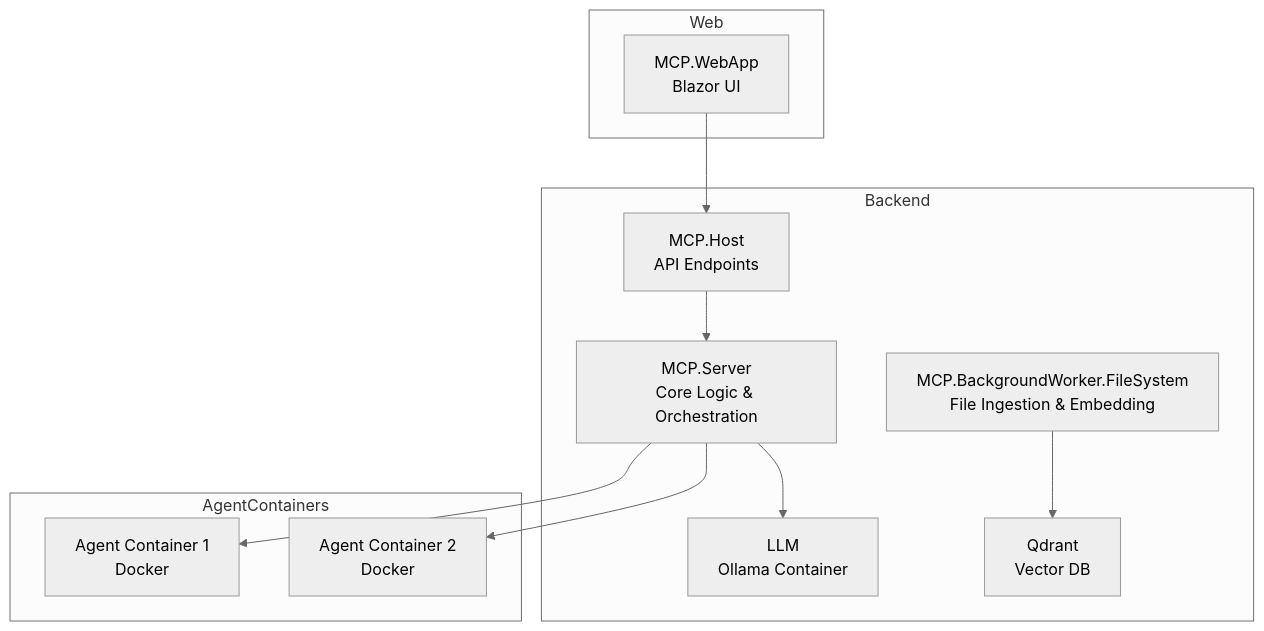
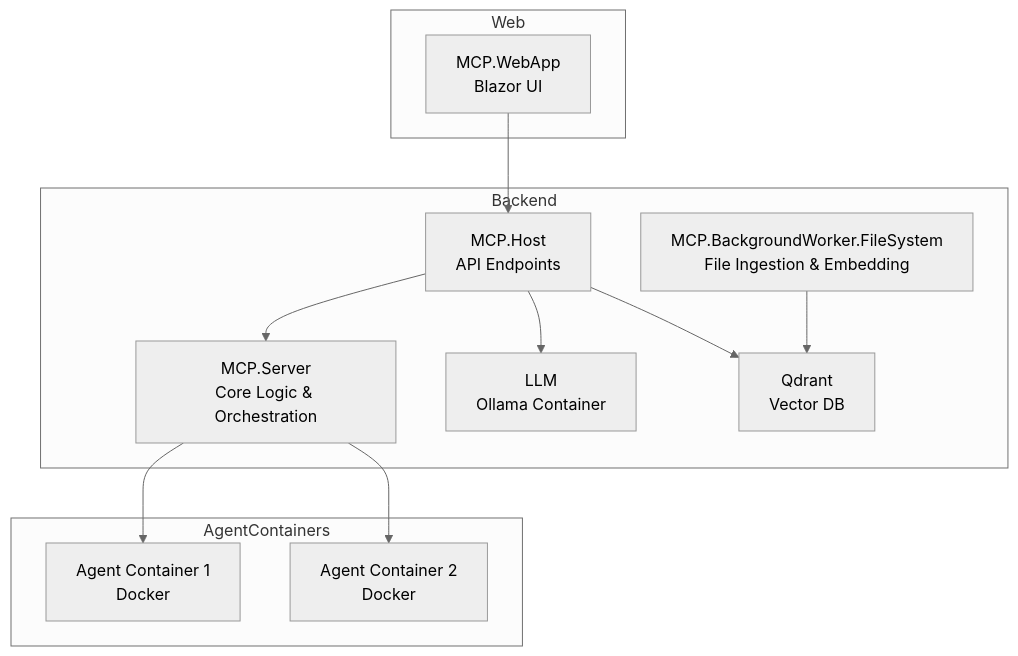
One commit to Codibex/Sphraiva changed the diagram in docs/overview.md. Above: the diagram before and after it, drawn with Mermaid (neutral theme). The commit also changed other lines of this file and 1 other file, not shown here.

First line of the commit message:
Fix formatting and clarify architecture overview in documentation (#9)

````diff
--- a/docs/overview.md
+++ b/docs/overview.md
@@ -20,24 +15,25 @@
 ```mermaid
 flowchart TB
     subgraph Web
         MCPWebApp[MCP.WebApp<br>Blazor UI]
     end
     subgraph Backend
         MCPHost[MCP.Host<br>API Endpoints]
         MCPServer[MCP.Server<br>Core Logic & Orchestration]
         OllamaLLM[LLM<br>Ollama Container]
         BackgroundWorker[MCP.BackgroundWorker.FileSystem<br>File Ingestion & Embedding]
         Qdrant[Qdrant<br>Vector DB]
     end
     subgraph AgentContainers
         AgentContainer1[Agent Container 1<br>Docker]
         AgentContainer2[Agent Container 2<br>Docker]
     end
 
     MCPWebApp --> MCPHost
     MCPHost --> MCPServer
-    MCPServer --> OllamaLLM
+    MCPHost --> OllamaLLM
+    MCPHost --> Qdrant
     MCPServer --> AgentContainer1
     MCPServer --> AgentContainer2
     BackgroundWorker --> Qdrant
 ```
````
